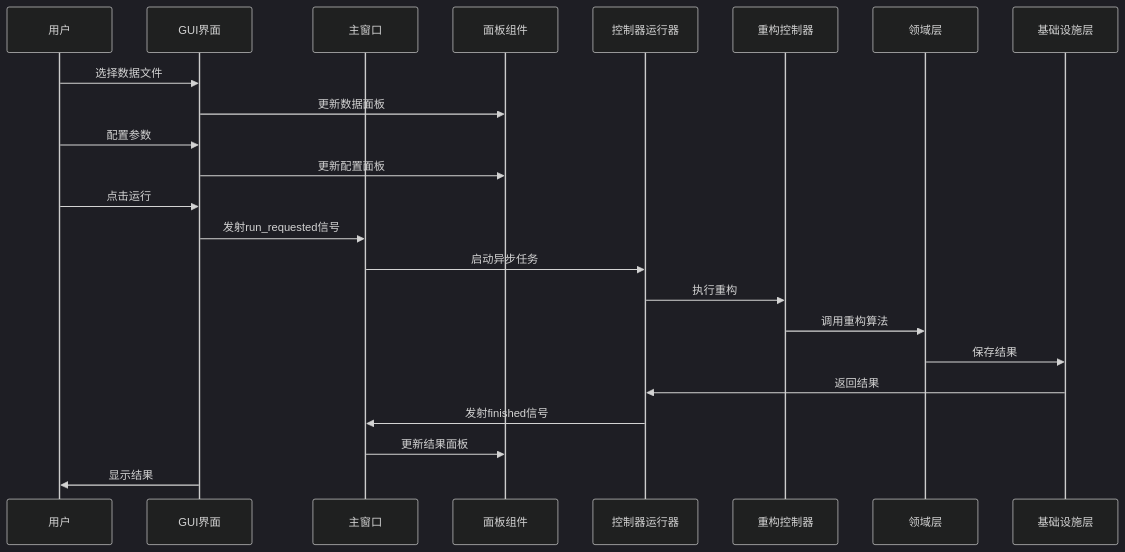
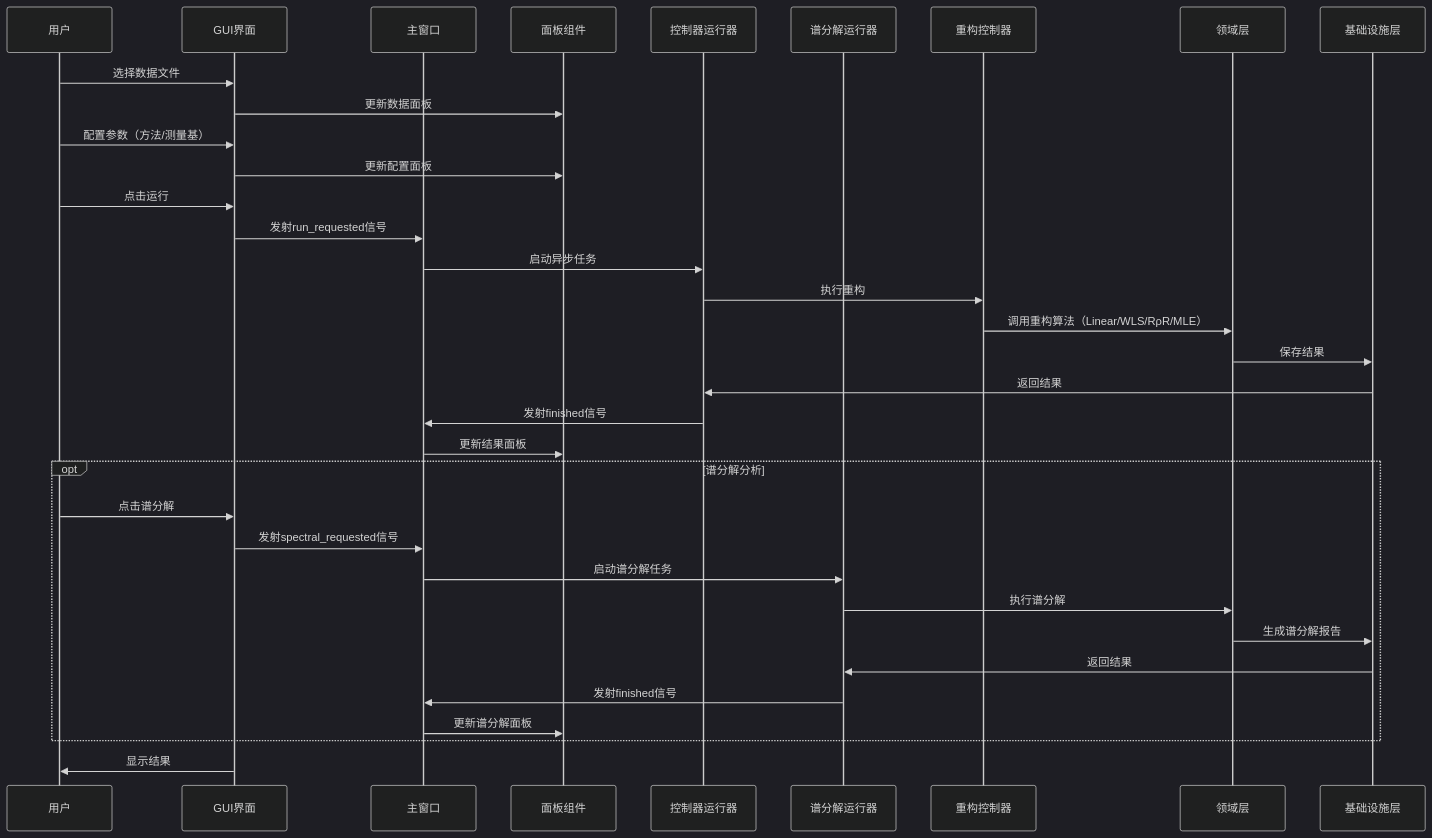
The second of 5 diagrams in docs/teach/1.GUI数据流图表.md (beckket4141/qtomography-), drawn with Mermaid (dark theme) before and after one commit. The commit also changed other lines of this file and 9 other files, not shown here.

````diff
--- a/docs/teach/1.GUI数据流图表.md
+++ b/docs/teach/1.GUI数据流图表.md
@@ -83,26 +118,39 @@
 ```mermaid
 sequenceDiagram
     participant User as 用户
     participant GUI as GUI界面
     participant MainWindow as 主窗口
     participant Panels as 面板组件
     participant Runner as 控制器运行器
+    participant SpectralRunner as 谱分解运行器
     participant Controller as 重构控制器
     participant Domain as 领域层
     participant Infrastructure as 基础设施层
     
     User->>GUI: 选择数据文件
     GUI->>Panels: 更新数据面板
-    User->>GUI: 配置参数
+    User->>GUI: 配置参数（方法/测量基）
     GUI->>Panels: 更新配置面板
     User->>GUI: 点击运行
     GUI->>MainWindow: 发射run_requested信号
     MainWindow->>Runner: 启动异步任务
     Runner->>Controller: 执行重构
-    Controller->>Domain: 调用重构算法
+    Controller->>Domain: 调用重构算法（Linear/WLS/RρR/MLE）
     Domain->>Infrastructure: 保存结果
     Infrastructure->>Runner: 返回结果
     Runner->>MainWindow: 发射finished信号
     MainWindow->>Panels: 更新结果面板
+    
+    opt 谱分解分析
+        User->>GUI: 点击谱分解
+        GUI->>MainWindow: 发射spectral_requested信号
+        MainWindow->>SpectralRunner: 启动谱分解任务
+        SpectralRunner->>Domain: 执行谱分解
+        Domain->>Infrastructure: 生成谱分解报告
+        Infrastructure->>SpectralRunner: 返回结果
+        SpectralRunner->>MainWindow: 发射finished信号
+        MainWindow->>Panels: 更新谱分解面板
+    end
+    
     GUI->>User: 显示结果
 ```
````
